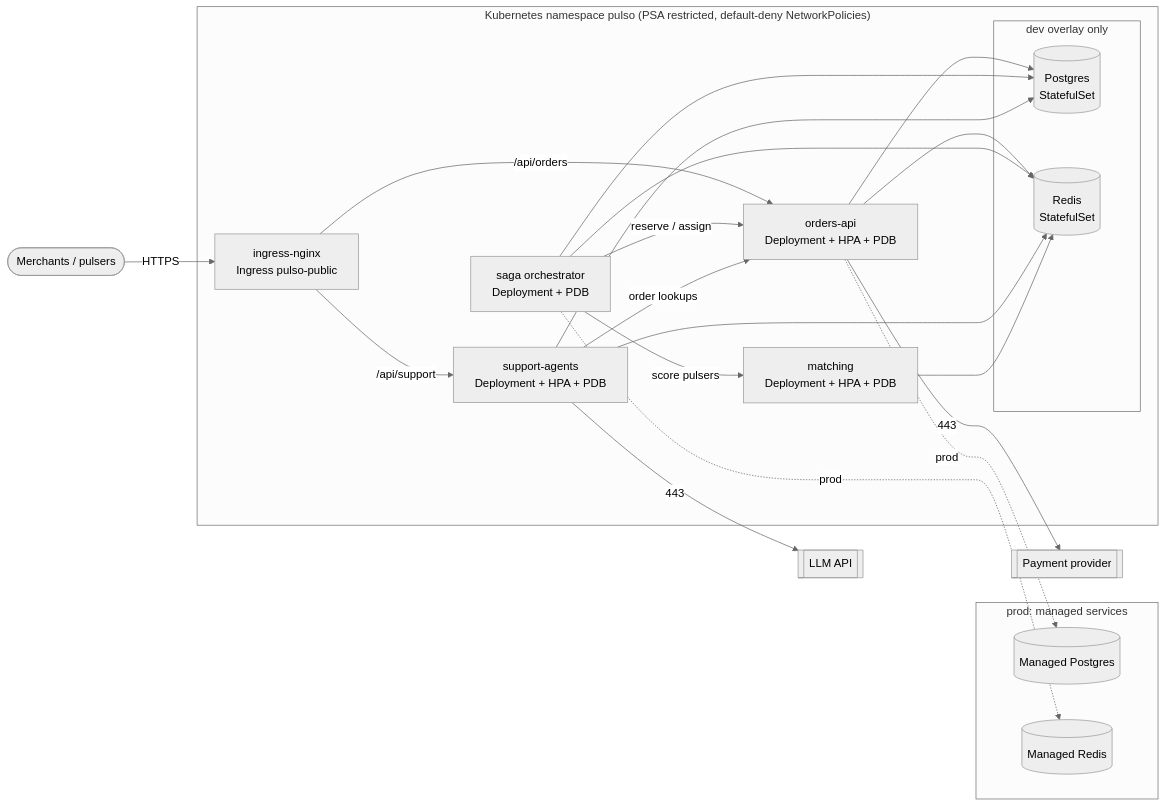
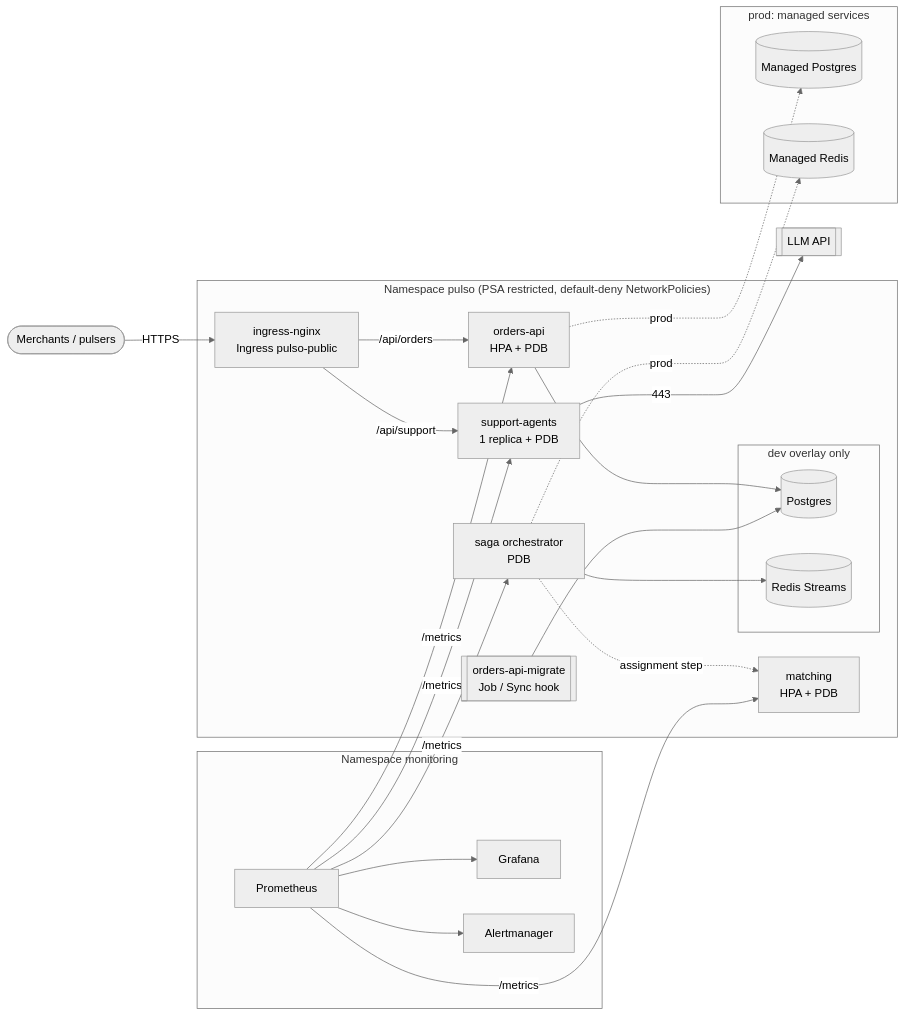
Before and after one commit to AlejandroAlvarez-srdev/pulso-platform: the first of 2 diagrams in README.md, drawn with Mermaid (neutral theme). The commit also changed other lines of this file, not shown here.

````diff
--- a/README.md
+++ b/README.md
@@ -29,33 +34,35 @@
 ```mermaid
 flowchart LR
     client([Merchants / pulsers]) -->|HTTPS| ing
 
-    subgraph cluster["Kubernetes namespace pulso (PSA restricted, default-deny NetworkPolicies)"]
+    subgraph cluster["Namespace pulso (PSA restricted, default-deny NetworkPolicies)"]
         ing[ingress-nginx<br/>Ingress pulso-public]
-        ing -->|/api/orders| orders[orders-api<br/>Deployment + HPA + PDB]
-        ing -->|/api/support| support[support-agents<br/>Deployment + HPA + PDB]
-        saga[saga orchestrator<br/>Deployment + PDB] -->|reserve / assign| orders
-        saga -->|score pulsers| matching[matching<br/>Deployment + HPA + PDB]
-        support -->|order lookups| orders
+        ing -->|/api/orders| orders[orders-api<br/>HPA + PDB]
+        ing -->|/api/support| support[support-agents<br/>1 replica + PDB]
+        saga[saga orchestrator<br/>PDB] -.->|assignment step| matching[matching<br/>HPA + PDB]
+        migrate[[orders-api-migrate<br/>Job / Sync hook]]
 
         subgraph data["dev overlay only"]
-            pg[(Postgres<br/>StatefulSet)]
-            rd[(Redis<br/>StatefulSet)]
+            pg[(Postgres)]
+            rd[(Redis Streams)]
         end
     end
 
-    orders --> pg & rd
-    saga --> pg & rd
-    support --> pg & rd
-    matching --> rd
+    orders --> pg
+    migrate --> pg
+    saga --> rd
+    support -->|443| llm[[LLM API]]
 
     subgraph managed["prod: managed services"]
         rds[(Managed Postgres)]
         cache[(Managed Redis)]
     end
     orders -. prod .-> rds
     saga -. prod .-> cache
 
-    orders -->|443| psp[[Payment provider]]
-    support -->|443| llm[[LLM API]]
+    subgraph monitoring["Namespace monitoring"]
+        prom[Prometheus] --> graf[Grafana]
+        prom --> am[Alertmanager]
+    end
+    prom -->|/metrics| orders & matching & support & saga
 ```
````
